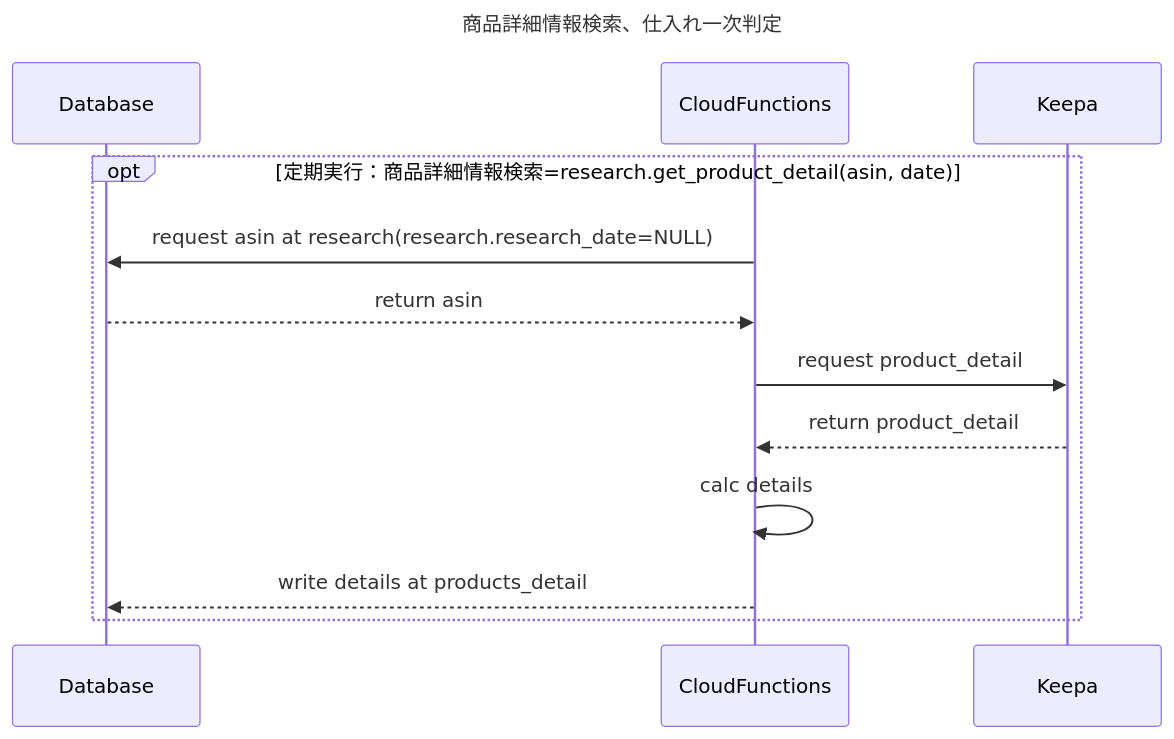
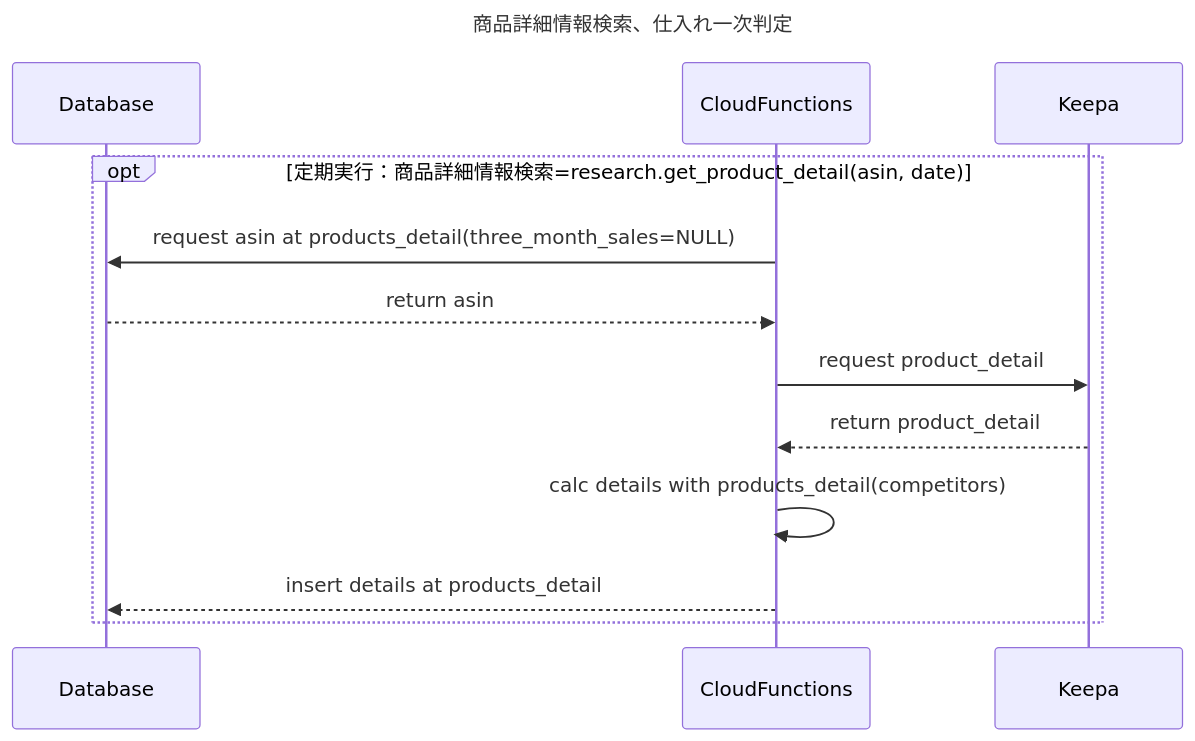
Before and after one commit to Hanato238/ASIN_search_dev: the diagram in SQ/research_SQ_keepa.md, drawn with Mermaid. The commit also changed 14 other files, not shown here.

````diff
--- a/SQ/research_SQ_keepa.md
+++ b/SQ/research_SQ_keepa.md
@@ -1,18 +1,18 @@
 ```mermaid
 ---
 title: '商品詳細情報検索、仕入れ一次判定'
 ---
 sequenceDiagram
     participant db as Database
     participant cf as CloudFunctions
     participant keepa as Keepa
 
         opt 定期実行：商品詳細情報検索=research.get_product_detail(asin, date)
-            cf ->> db : request asin at research(research.research_date=NULL)
+            cf ->> db : request asin at products_detail(three_month_sales=NULL)
             db -->> cf : return asin
             cf ->> keepa : request product_detail
             keepa -->> cf : return product_detail
-            cf ->> cf : calc details
-            cf -->> db : write details at products_detail
+            cf ->> cf : calc details with products_detail(competitors)
+            cf -->> db : insert details at products_detail
         end
 ```
````
